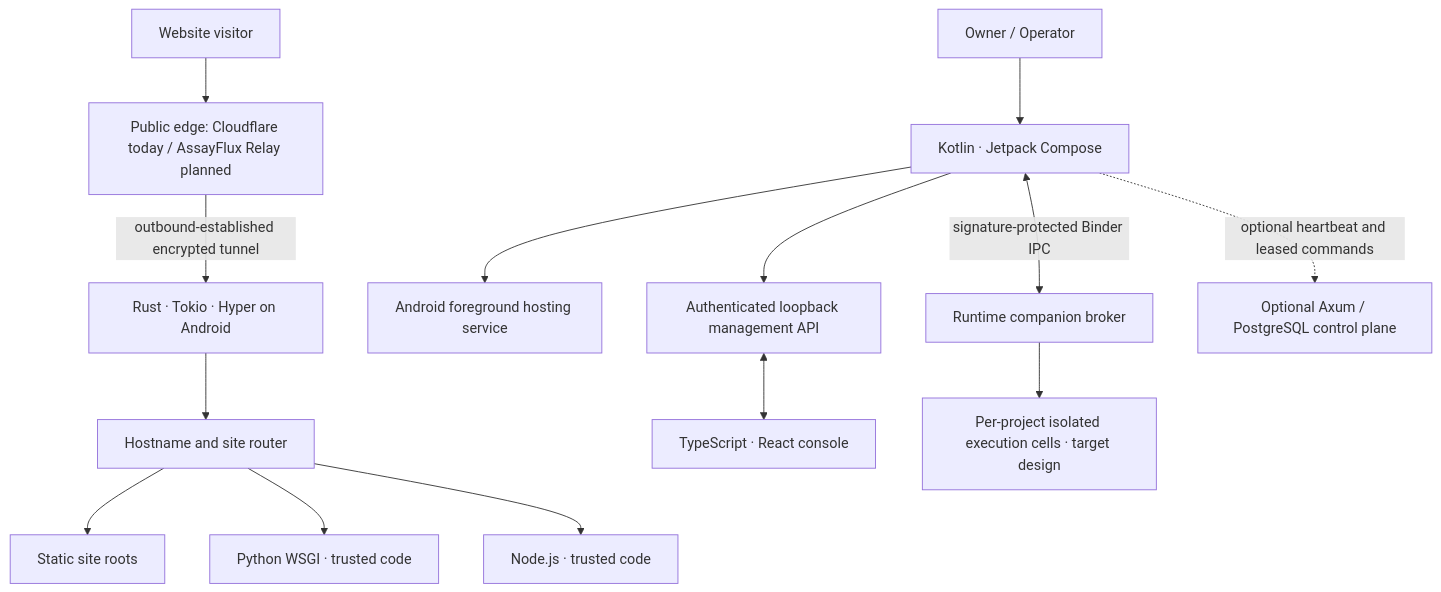
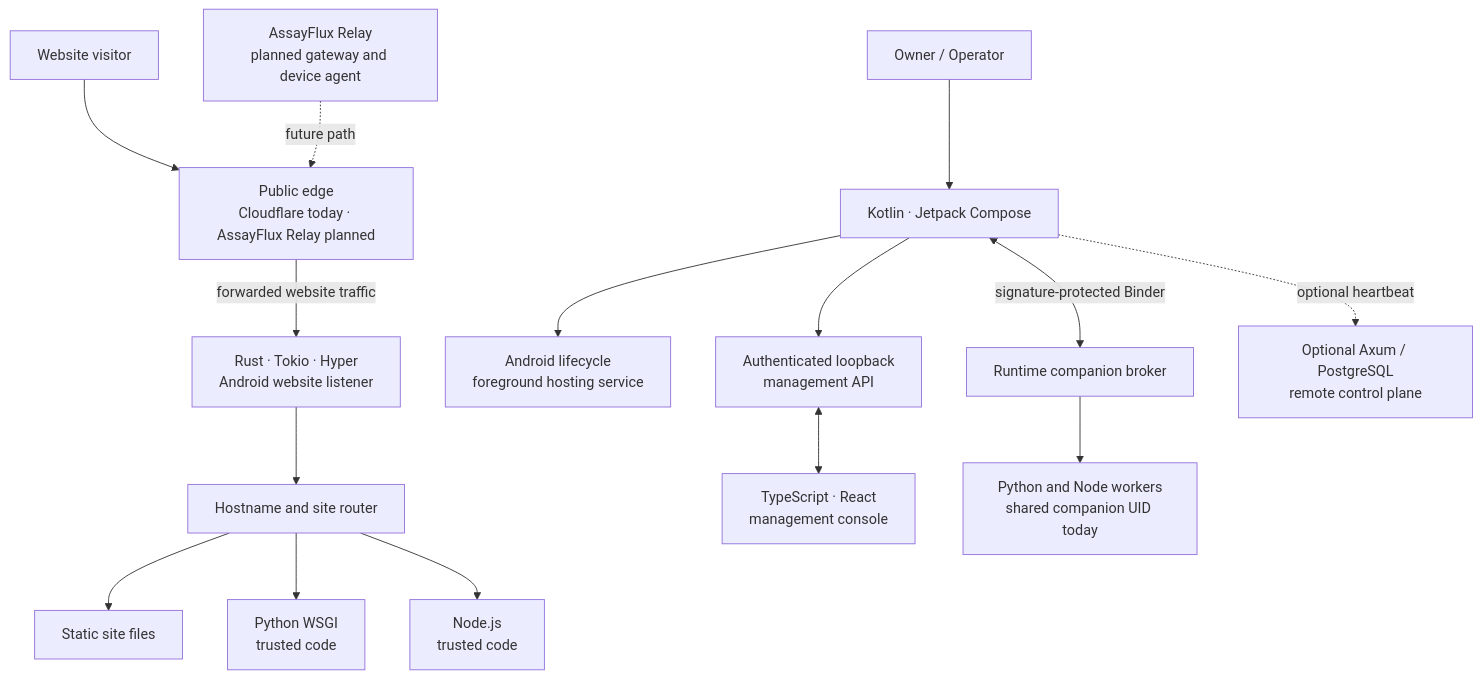
Before and after one commit to AssayFlux/PocketHost: the diagram in README.md, drawn with Mermaid. The commit also changed other lines of this file, not shown here.

Commit message:
docs(readme): redesign Pocket Host README in AssayFlux editorial style

````diff
--- a/README.md
+++ b/README.md
@@ -97,16 +144,20 @@
-```mermaid
+~~~mermaid
 flowchart TB
-  V[Website visitor] --> EDGE[Public edge: Cloudflare today / AssayFlux Relay planned]
-  EDGE -->|outbound-established encrypted tunnel| RUST[Rust · Tokio · Hyper on Android]
-  RUST --> ROUTER[Hostname and site router]
-  ROUTER --> STATIC[Static site roots]
-  ROUTER --> PY[Python WSGI · trusted code]
-  ROUTER --> NODE[Node.js · trusted code]
-  OWNER[Owner / Operator] --> APP[Kotlin · Jetpack Compose]
-  APP --> SERVICE[Android foreground hosting service]
-  APP --> API[Authenticated loopback management API]
-  API <--> CONSOLE[TypeScript · React console]
-  APP <-->|signature-protected Binder IPC| BROKER[Runtime companion broker]
-  BROKER --> CELLS[Per-project isolated execution cells · target design]
-  APP -. optional heartbeat and leased commands .-> CP[Optional Axum / PostgreSQL control plane]
-```
+    VISITOR["Website visitor"] --> EDGE["Public edge<br/>Cloudflare today · AssayFlux Relay planned"]
+    EDGE -->|"forwarded website traffic"| RUST["Rust · Tokio · Hyper<br/>Android website listener"]
+    RUST --> ROUTER["Hostname and site router"]
+    ROUTER --> STATIC["Static site files"]
+    ROUTER --> PY["Python WSGI<br/>trusted code"]
+    ROUTER --> NODE["Node.js<br/>trusted code"]
+
+    OWNER["Owner / Operator"] --> ANDROID["Kotlin · Jetpack Compose"]
+    ANDROID --> LIFE["Android lifecycle<br/>foreground hosting service"]
+    ANDROID --> MGMT["Authenticated loopback<br/>management API"]
+    MGMT <--> CONSOLE["TypeScript · React<br/>management console"]
+
+    ANDROID <-->|"signature-protected Binder"| BROKER["Runtime companion broker"]
+    BROKER --> WORKERS["Python and Node workers<br/>shared companion UID today"]
+
+    ANDROID -. optional heartbeat .-> CP["Optional Axum / PostgreSQL<br/>remote control plane"]
+    RELAY["AssayFlux Relay<br/>planned gateway and device agent"] -. future path .-> EDGE
+~~~
````
